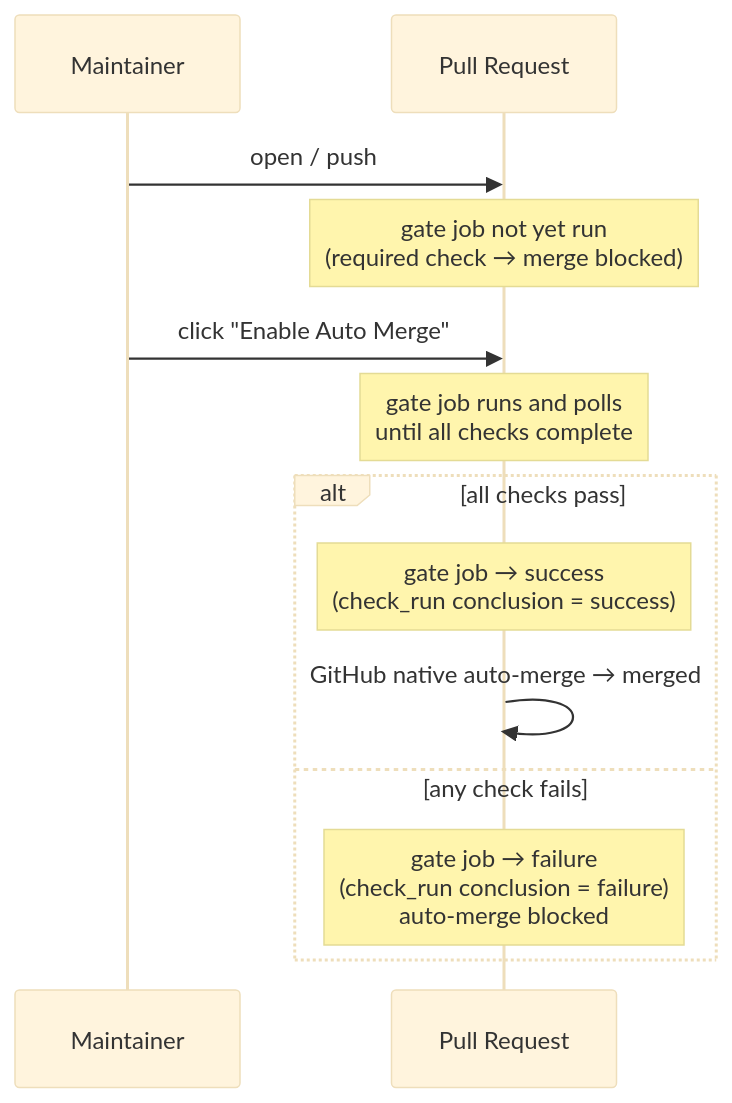
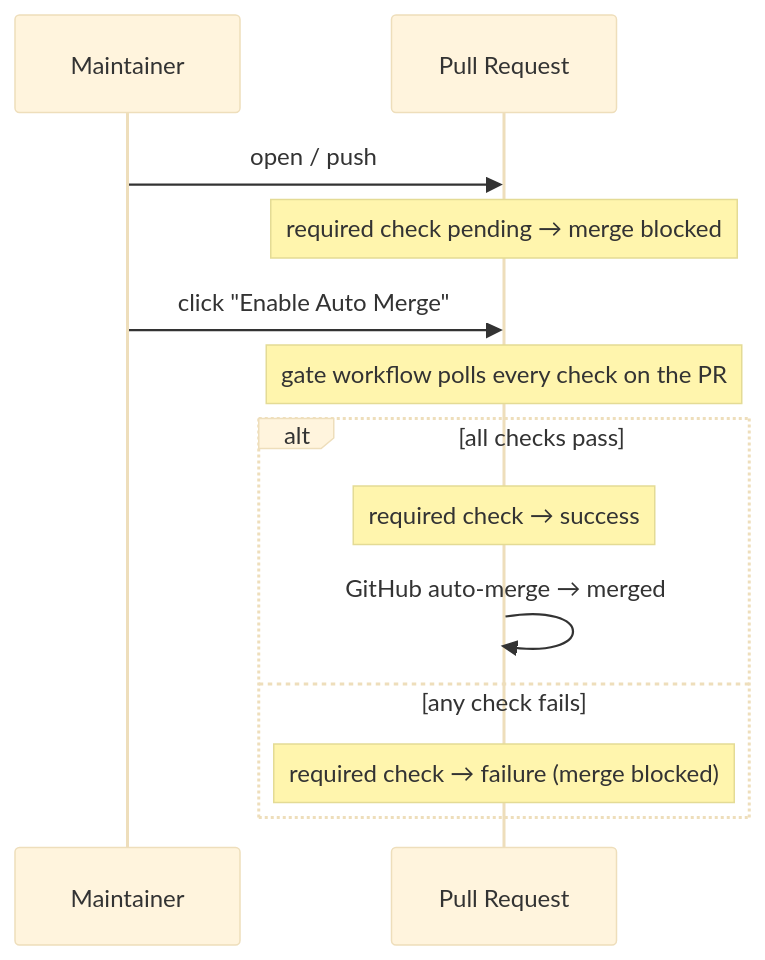
The diagram in README.md (pkgdeps/check-suite-gate), drawn with Mermaid (base theme) before and after one commit. The commit also changed other lines of this file, not shown here.

````diff
--- a/README.md
+++ b/README.md
@@ -17,18 +17,18 @@
 ```mermaid
 sequenceDiagram
     participant U as Maintainer
     participant PR as Pull Request
 
     U->>PR: open / push
-    Note over PR: gate job not yet run<br/>(required check → merge blocked)
+    Note over PR: required check pending → merge blocked
 
     U->>PR: click "Enable Auto Merge"
-    Note over PR: gate job runs and polls<br/>until all checks complete
+    Note over PR: gate workflow polls every check on the PR
 
     alt all checks pass
-        Note over PR: gate job → success<br/>(check_run conclusion = success)
-        PR->>PR: GitHub native auto-merge → merged
+        Note over PR: required check → success
+        PR->>PR: GitHub auto-merge → merged
     else any check fails
-        Note over PR: gate job → failure<br/>(check_run conclusion = failure)<br/>auto-merge blocked
+        Note over PR: required check → failure (merge blocked)
     end
 ```
````
